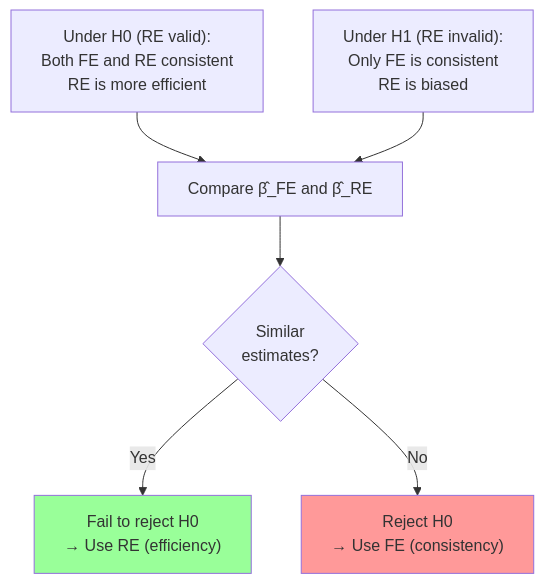
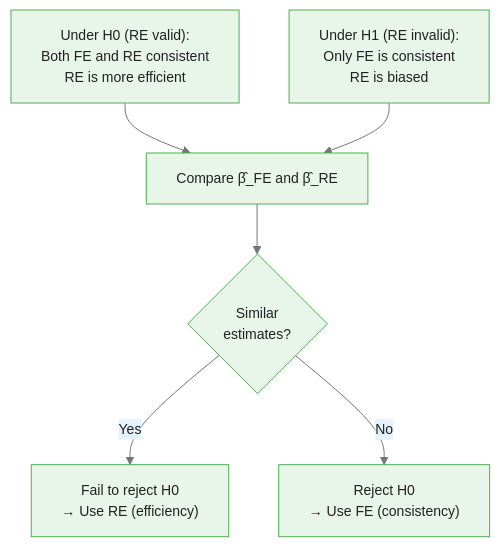
The first of 3 diagrams in courses/panel-regression/modules/module_04_model_selection/guides/01_hausman_test_slides.md (m-deane/course-creator), drawn with Mermaid before and after one commit. The commit also changed other lines of this file and 79 other files, not shown here.

````diff
--- a/courses/panel-regression/modules/module_04_model_selection/guides/01_hausman_test_slides.md
+++ b/courses/panel-regression/modules/module_04_model_selection/guides/01_hausman_test_slides.md
@@ -43,15 +57,13 @@
 ```mermaid
+%%{init: {"theme": "base", "themeVariables": {"primaryColor": "#e8f5e9", "primaryBorderColor": "#4caf50", "primaryTextColor": "#212121", "secondaryColor": "#e3f2fd", "tertiaryColor": "#fff8e1", "lineColor": "#757575", "fontFamily": "Inter, sans-serif", "fontSize": "14px"}}}%%
 flowchart TD
     H0["Under H0 (RE valid):<br/>Both FE and RE consistent<br/>RE is more efficient"]
     H1["Under H1 (RE invalid):<br/>Only FE is consistent<br/>RE is biased"]
 
     H0 --> COMPARE["Compare β̂_FE and β̂_RE"]
     H1 --> COMPARE
 
     COMPARE --> SIMILAR{"Similar<br/>estimates?"}
     SIMILAR -->|"Yes"| ACCEPT["Fail to reject H0<br/>→ Use RE (efficiency)"]
     SIMILAR -->|"No"| REJECT["Reject H0<br/>→ Use FE (consistency)"]
-
-    style ACCEPT fill:#9f9
-    style REJECT fill:#f99
 ```
````
